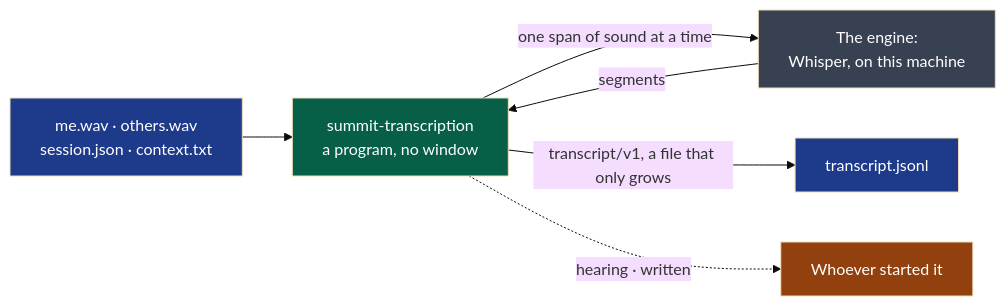
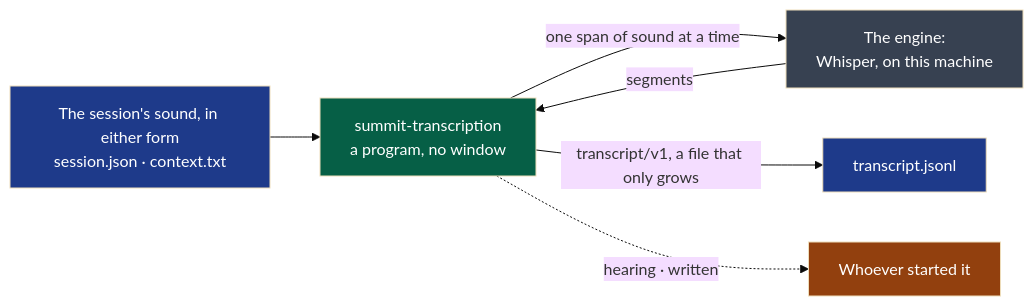
One commit to NapkinStack/wholeheard changed the diagram in modules/transcription/README.md. Above: the diagram before and after it, drawn with Mermaid (base theme). The commit also changed other lines of this file and 6 other files, not shown here.

````diff
--- a/modules/transcription/README.md
+++ b/modules/transcription/README.md
@@ -9,13 +9,13 @@
 ```mermaid
 flowchart LR
-    A["me.wav · others.wav<br/>session.json · context.txt"]:::file --> P["summit-transcription<br/>a program, no window"]:::mod
+    A["The session's sound, in either form<br/>session.json · context.txt"]:::file --> P["summit-transcription<br/>a program, no window"]:::mod
     P -->|"one span of sound at a time"| E["The engine:<br/>Whisper, on this machine"]:::ext
     E -->|"segments"| P
     P -->|"transcript/v1, a file that only grows"| T["transcript.jsonl"]:::file
     P -.->|"hearing · written"| W["Whoever started it"]:::user
 
     classDef file fill:#1e3a8a,color:#fff
     classDef mod fill:#065f46,color:#fff
     classDef ext fill:#374151,color:#fff
     classDef user fill:#92400e,color:#fff
 ```
````
